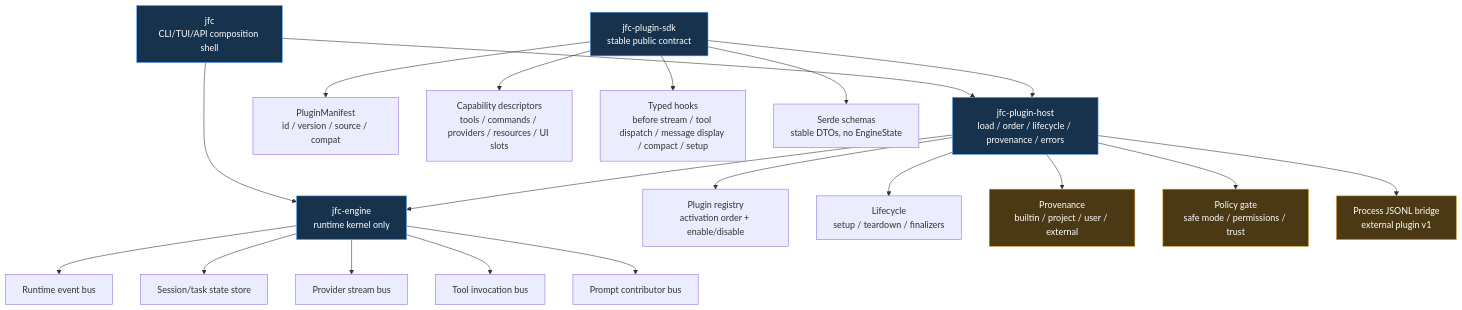
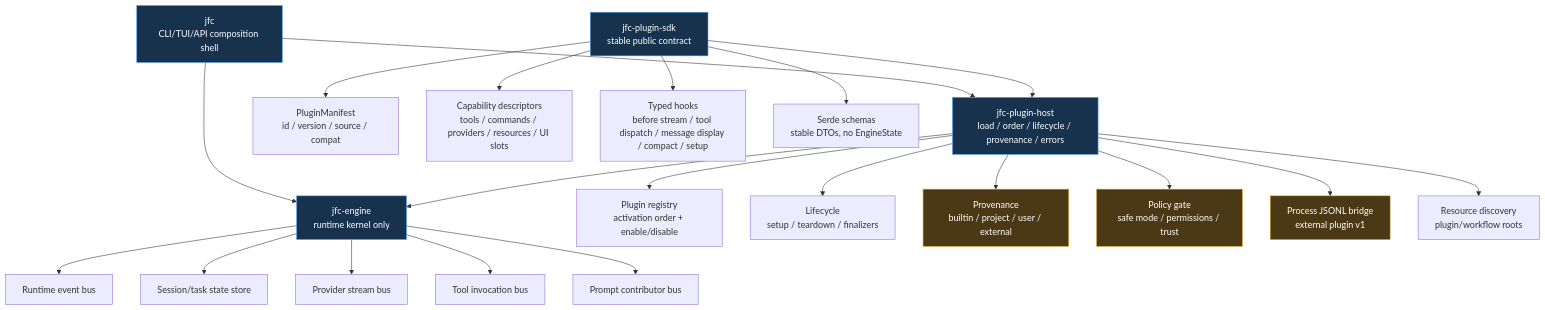
Before and after one commit to Miasin-Labs/jfc: the fourth of 9 diagrams in ARCHITECTURE.md, drawn with Mermaid. The commit also changed other lines of this file and 287 other files, not shown here.

````diff
--- a/ARCHITECTURE.md
+++ b/ARCHITECTURE.md
@@ -207,34 +291,35 @@
 ```mermaid
 flowchart TB
     sdk["jfc-plugin-sdk\nstable public contract"]
     host["jfc-plugin-host\nload / order / lifecycle / provenance / errors"]
     kernel["jfc-engine\nruntime kernel only"]
     shell["jfc\nCLI/TUI/API composition shell"]
 
     sdk --> host
     host --> kernel
     shell --> host
     shell --> kernel
 
     sdk --> manifest["PluginManifest\nid / version / source / compat"]
     sdk --> descriptors["Capability descriptors\ntools / commands / providers / resources / UI slots"]
     sdk --> hooks["Typed hooks\nbefore stream / tool dispatch / message display / compact / setup"]
     sdk --> schemas["Serde schemas\nstable DTOs, no EngineState"]
 
     host --> registry["Plugin registry\nactivation order + enable/disable"]
     host --> lifecycle["Lifecycle\nsetup / teardown / finalizers"]
     host --> provenance["Provenance\nbuiltin / project / user / external"]
     host --> policy["Policy gate\nsafe mode / permissions / trust"]
     host --> bridge["Process JSONL bridge\nexternal plugin v1"]
+    host --> discovery["Resource discovery\nplugin/workflow roots"]
 
     kernel --> event_bus["Runtime event bus"]
     kernel --> state_store["Session/task state store"]
     kernel --> provider_bus["Provider stream bus"]
     kernel --> tool_bus["Tool invocation bus"]
     kernel --> prompt_bus["Prompt contributor bus"]
 
     classDef spine fill:#17324d,stroke:#58a6ff,color:#fff;
     classDef policy fill:#4a3914,stroke:#d29922,color:#fff;
     class sdk,host,kernel,shell spine;
     class policy,provenance,bridge policy;
 ```
````
